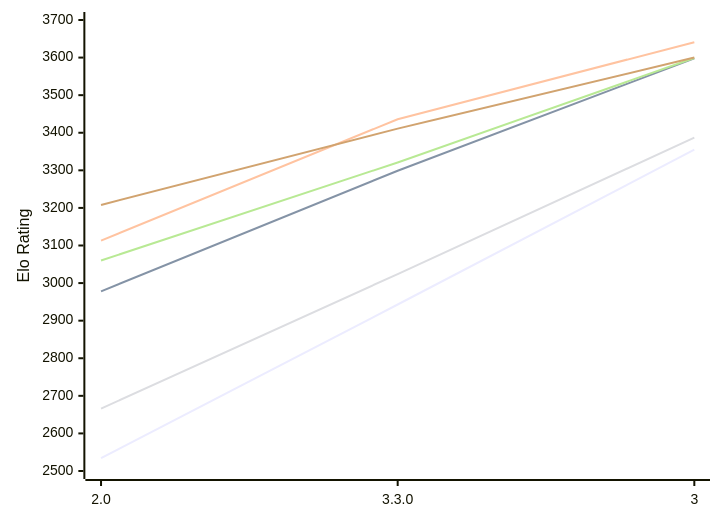
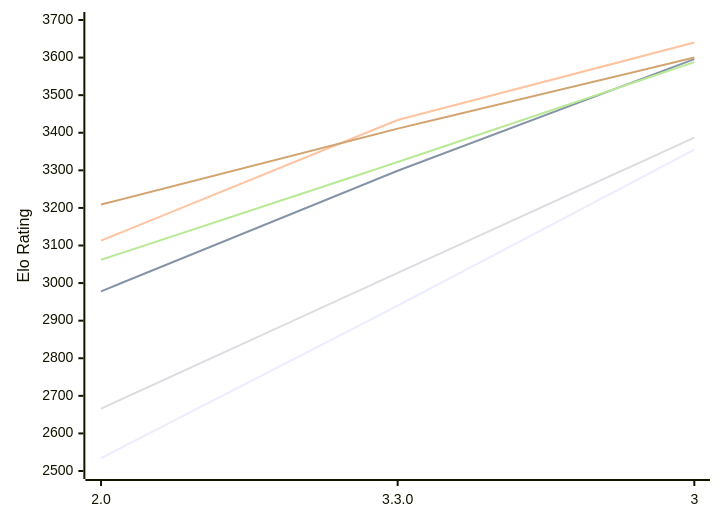
Before and after one commit to computer-chess-index/cci: the diagram in engines/Ravager.md, drawn with Mermaid. The commit also changed other lines of this file, not shown here.

Commit message:
Update CCI Ratings (ELO VLTC) - 2026-11-27

````diff
--- a/engines/Ravager.md
+++ b/engines/Ravager.md
@@ -51,12 +51,12 @@
 ```mermaid
 %%{init: {"theme":"base","themeVariables":{"seriesColors:['#a3a3a3','#222221','#faa371']}}}%%
 xychart-beta
   x-axis ["2.0", "3.3.0", "3"]
   y-axis "Elo Rating" 2500 --> 3700
-  line "E1: STC (8.0+0.08s)" [2534, 2943, 3355]
-  line "E1: LTC (60.0+0.60s)" [2978, 3299, 3598]
-  line "E1: VLTC (2m24s+1.12s)" [3113, 3436, 3641]
-  line "P1: STC (8.0+0.08s)" [2666, 3024, 3387]
-  line "P1: LTC (60.0+0.60s)" [3060, 3321, 3599]
-  line "P1: VLTC (2m24s+1.12s)" [3208, 3411, 3600]
+  line "E1: STC (8.0+0.08s)" [2534, 2940, 3355]
+  line "E1: LTC (60.0+0.60s)" [2978, 3299, 3596]
+  line "E1: VLTC (2m24s+1.12s)" [3113, 3434, 3640]
+  line "P1: STC (8.0+0.08s)" [2666, 3027, 3387]
+  line "P1: LTC (60.0+0.60s)" [3062, 3322, 3588]
+  line "P1: VLTC (2m24s+1.12s)" [3209, 3411, 3600]
 ```
````
